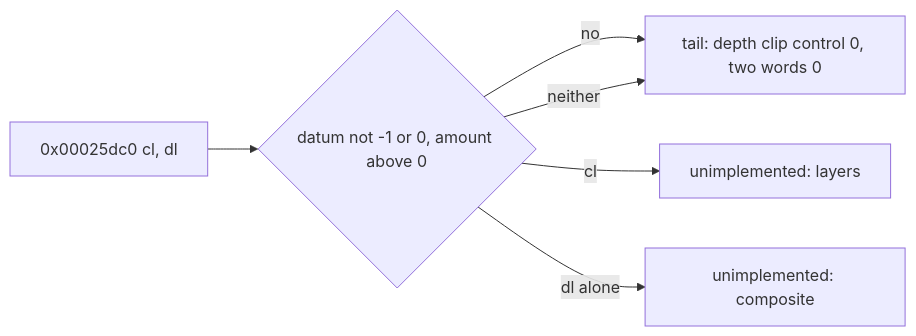
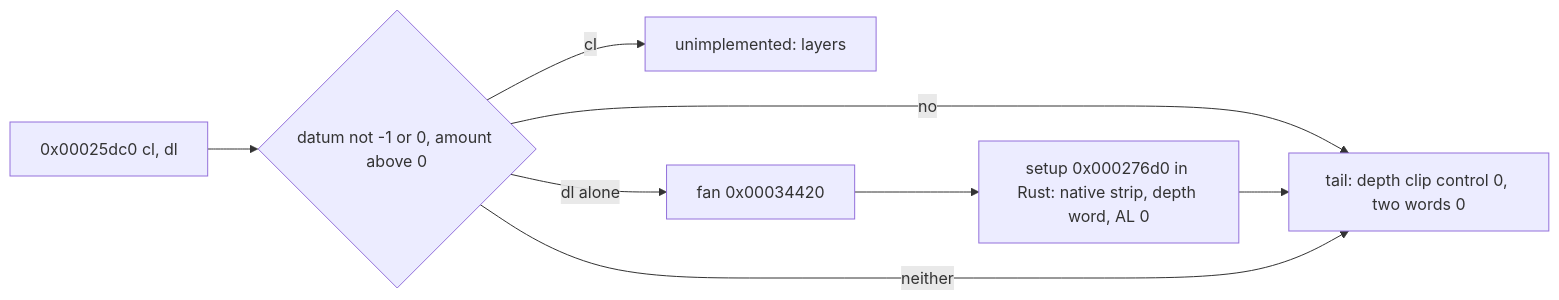
One commit to 0xdeafcafe/h2r changed the diagram in docs/graphics/retire-d3d-fog-fans.md. Above: the diagram before and after it, drawn with Mermaid. The commit also changed other lines of this file and 11 other files, not shown here.

First line of the commit message:
fog fans: the composite (dl alone) drawn natively into the view, sampling target 3 by role; the layers stay a named panic

````diff
--- a/docs/graphics/retire-d3d-fog-fans.md
+++ b/docs/graphics/retire-d3d-fog-fans.md
@@ -11,8 +11,8 @@
 ```mermaid
 flowchart LR
   F[0x00025dc0 cl, dl] --> G{datum not -1 or 0, amount above 0}
   G -- no --> T[tail: depth clip control 0, two words 0]
   G -- cl --> L[unimplemented: layers]
-  G -- dl alone --> C[unimplemented: composite]
+  G -- dl alone --> C[fan 0x00034420] --> S[setup 0x000276d0 in Rust: native strip, depth word, AL 0] --> T
   G -- neither --> T
 ```
````
